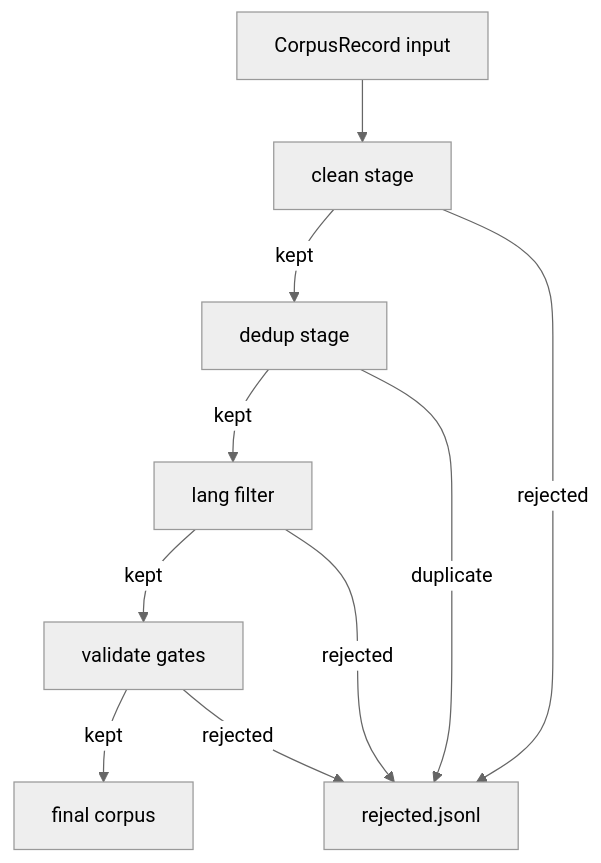
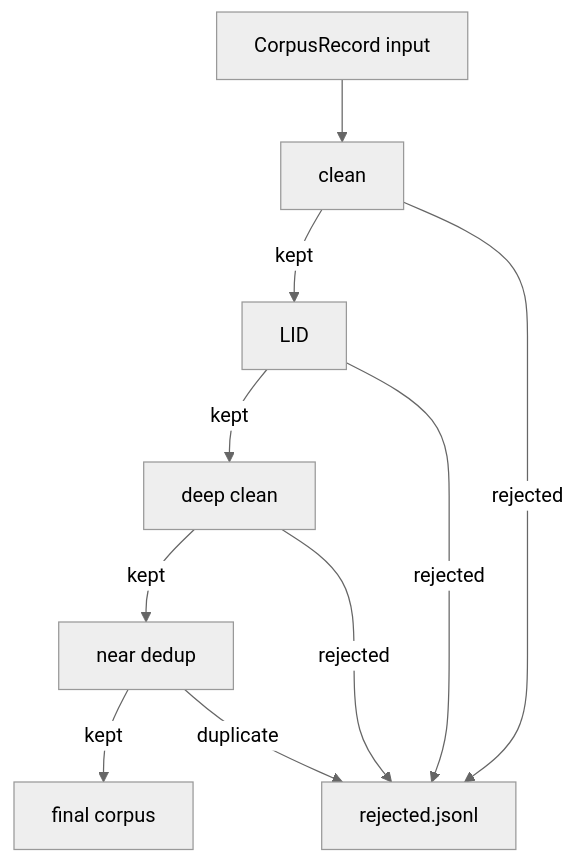
One commit to goobolabs/SomNLP-Corpus changed the diagram in docs/QUALITY_METADATA.md. Above: the diagram before and after it, drawn with Mermaid (neutral theme). The commit also changed other lines of this file and 34 other files, not shown here.

First line of the commit message:
feat: v0.2 deep_clean pipeline and corpus documentation

````diff
--- a/docs/QUALITY_METADATA.md
+++ b/docs/QUALITY_METADATA.md
@@ -97,18 +99,18 @@
 ```mermaid
 flowchart TD
   input[CorpusRecord input]
-  clean[clean stage]
-  dedup[dedup stage]
-  lang[lang filter]
-  validate[validate gates]
+  clean[clean]
+  lid[LID]
+  deep[deep clean]
+  near[near dedup]
 
   input --> clean
-  clean -->|kept| dedup
+  clean -->|kept| lid
   clean -->|rejected| rejectFile[rejected.jsonl]
-  dedup -->|kept| lang
-  dedup -->|duplicate| rejectFile
-  lang -->|kept| validate
-  lang -->|rejected| rejectFile
-  validate -->|kept| finalOut[final corpus]
-  validate -->|rejected| rejectFile
+  lid -->|kept| deep
+  lid -->|rejected| rejectFile
+  deep -->|kept| near
+  deep -->|rejected| rejectFile
+  near -->|kept| finalOut[final corpus]
+  near -->|duplicate| rejectFile
 ```
````
